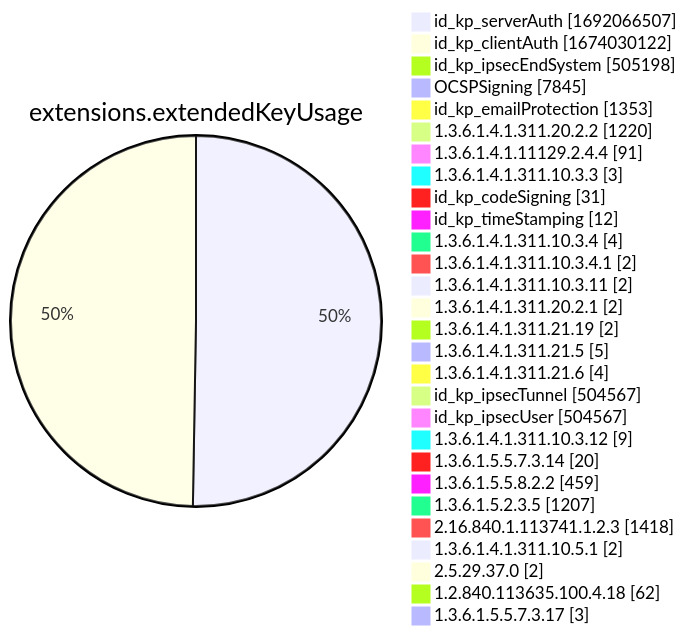
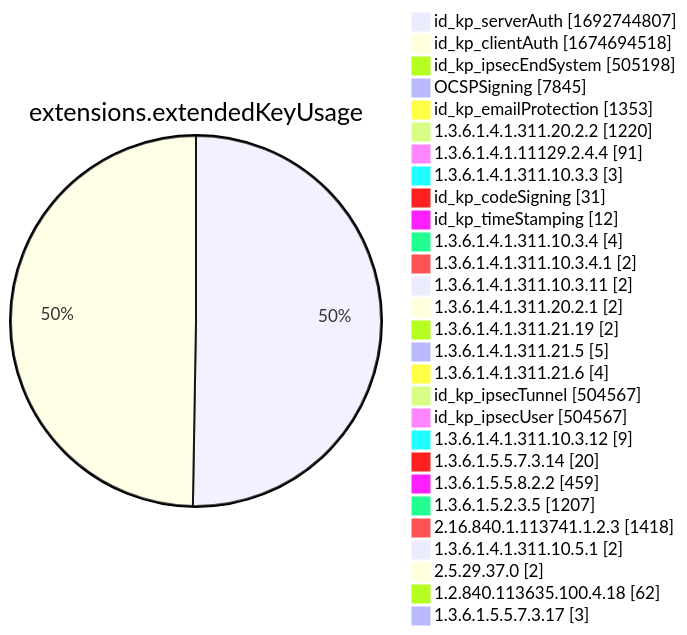
Diagram 12 of 15 in xenon2022/README.md (christiankrug/ctmonitor_visualization), drawn with Mermaid before and after one commit. The commit also changed other lines of this file, not shown here.

````diff
--- a/xenon2022/README.md
+++ b/xenon2022/README.md
@@ -3888,32 +3888,32 @@
 ```mermaid
 pie showData
 title extensions.extendedKeyUsage
-"id_kp_serverAuth" :1692066507
-"id_kp_clientAuth" :1674030122
+"id_kp_serverAuth" :1692744807
+"id_kp_clientAuth" :1674694518
 "id_kp_ipsecEndSystem" :505198
 "OCSPSigning" :7845
 "id_kp_emailProtection" :1353
 "1.3.6.1.4.1.311.20.2.2" :1220
 "1.3.6.1.4.1.11129.2.4.4" :91
 "1.3.6.1.4.1.311.10.3.3" :3
 "id_kp_codeSigning" :31
 "id_kp_timeStamping" :12
 "1.3.6.1.4.1.311.10.3.4" :4
 "1.3.6.1.4.1.311.10.3.4.1" :2
 "1.3.6.1.4.1.311.10.3.11" :2
 "1.3.6.1.4.1.311.20.2.1" :2
 "1.3.6.1.4.1.311.21.19" :2
 "1.3.6.1.4.1.311.21.5" :5
 "1.3.6.1.4.1.311.21.6" :4
 "id_kp_ipsecTunnel" :504567
 "id_kp_ipsecUser" :504567
 "1.3.6.1.4.1.311.10.3.12" :9
 "1.3.6.1.5.5.7.3.14" :20
 "1.3.6.1.5.5.8.2.2" :459
 "1.3.6.1.5.2.3.5" :1207
 "2.16.840.1.113741.1.2.3" :1418
 "1.3.6.1.4.1.311.10.5.1" :2
 "2.5.29.37.0" :2
 "1.2.840.113635.100.4.18" :62
 "1.3.6.1.5.5.7.3.17" :3
 ```
````
